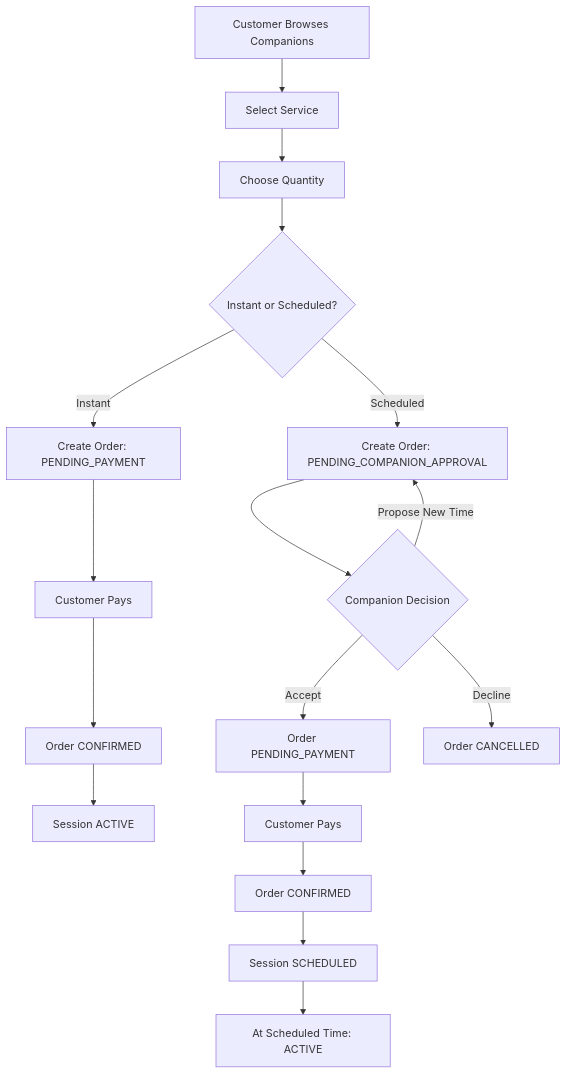
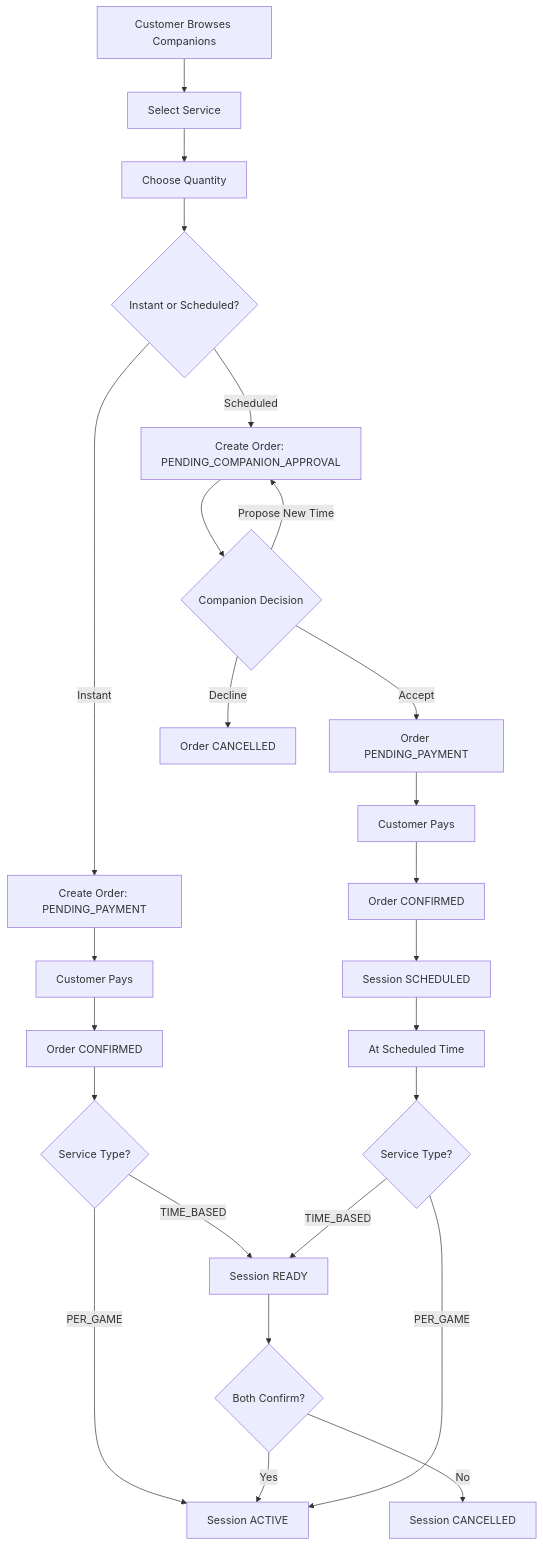
The diagram in companion-section-docs/05-companion-direct-booking-workflow.md.md (mehdi-ben-abdessalem/X-platform-docs), drawn with Mermaid before and after one commit. The commit also changed other lines of this file and 9 other files, not shown here.

````diff
--- a/companion-section-docs/05-companion-direct-booking-workflow.md.md
+++ b/companion-section-docs/05-companion-direct-booking-workflow.md.md
@@ -143,24 +168,37 @@
 ```mermaid
 flowchart TD
 
 A["Customer Browses Companions"] --> B["Select Service"]
 B --> C["Choose Quantity"]
 C --> D{"Instant or Scheduled?"}
 
 D -->|Instant| E["Create Order: PENDING_PAYMENT"]
 E --> F["Customer Pays"]
 F --> G["Order CONFIRMED"]
-G --> H["Session ACTIVE"]
 
-D -->|Scheduled| I["Create Order: PENDING_COMPANION_APPROVAL"]
-I --> J{"Companion Decision"}
+G --> H{"Service Type?"}
 
-J -->|Accept| K["Order PENDING_PAYMENT"]
-K --> L["Customer Pays"]
-L --> M["Order CONFIRMED"]
-M --> N["Session SCHEDULED"]
-N --> O["At Scheduled Time: ACTIVE"]
+H -->|PER_GAME| I["Session ACTIVE"]
+H -->|TIME_BASED| J["Session READY"]
 
-J -->|Propose New Time| I
-J -->|Decline| P["Order CANCELLED"]
+J --> K{"Both Confirm?"}
+K -->|Yes| I
+K -->|No| L["Session CANCELLED"]
+
+D -->|Scheduled| M["Create Order: PENDING_COMPANION_APPROVAL"]
+M --> N{"Companion Decision"}
+
+N -->|Accept| O["Order PENDING_PAYMENT"]
+O --> P["Customer Pays"]
+P --> Q["Order CONFIRMED"]
+Q --> R["Session SCHEDULED"]
+
+R --> S["At Scheduled Time"]
+S --> T{"Service Type?"}
+
+T -->|PER_GAME| I
+T -->|TIME_BASED| J
+
+N -->|Propose New Time| M
+N -->|Decline| U["Order CANCELLED"]
 ```
````
